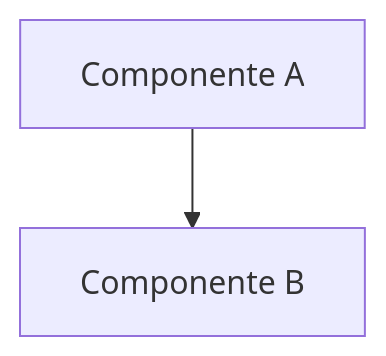
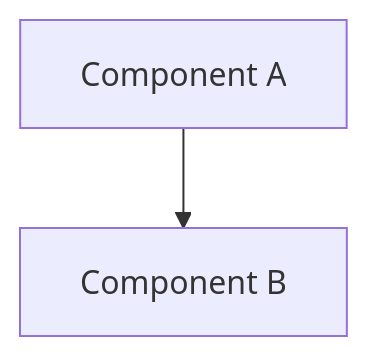
The diagram in devflow/discovery/TEMPLATE-DISC.md (EugenioSerrano/Cooperator), drawn with Mermaid before and after one commit. The commit also changed other lines of this file and 198 other files, not shown here.

````diff
--- a/devflow/discovery/TEMPLATE-DISC.md
+++ b/devflow/discovery/TEMPLATE-DISC.md
@@ -55,4 +86,4 @@
 ```mermaid
-graph TB
-    A["Componente A"] --> B["Componente B"]
+flowchart TB
+    A["Component A"] --> B["Component B"]
 ```
````
